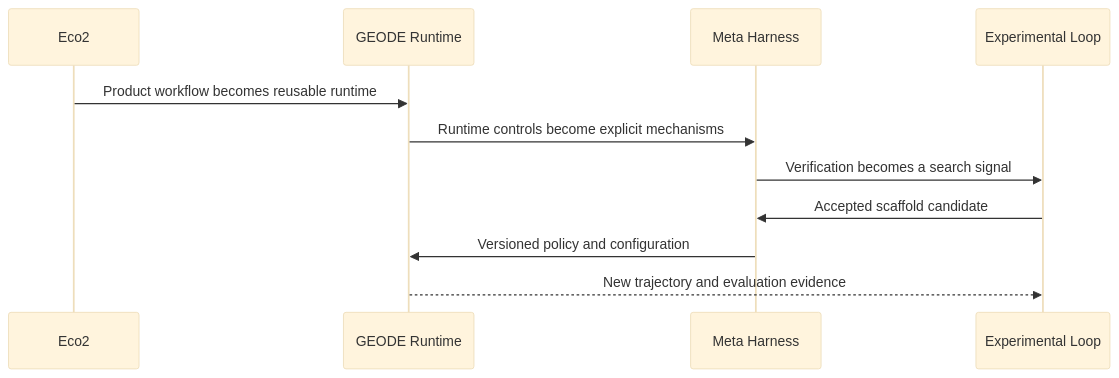
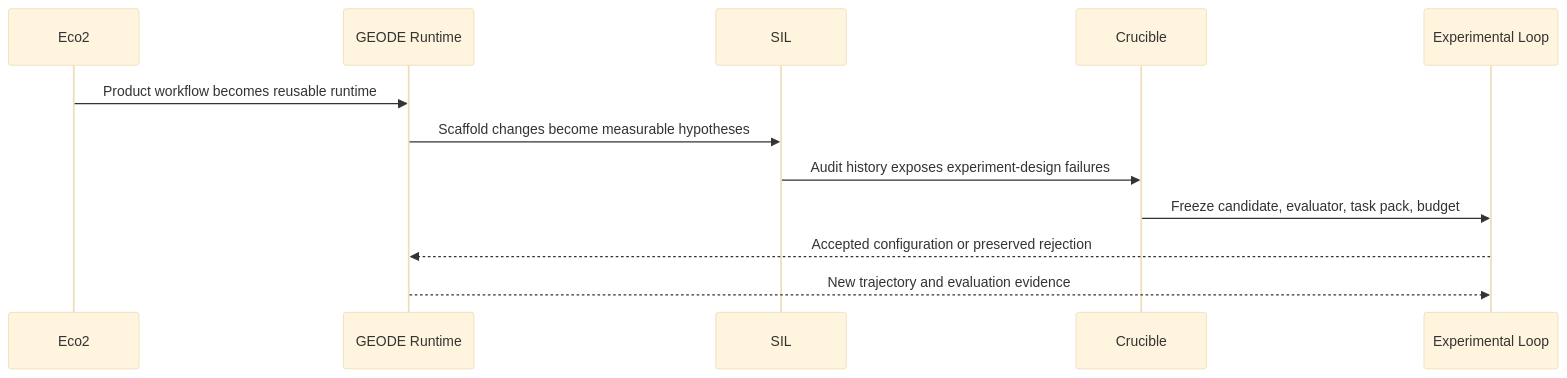
Before and after one commit to mangowhoiscloud/mangowhoiscloud: the first of 5 diagrams in README.md, drawn with Mermaid (base theme). The commit also changed other lines of this file and 1 other file, not shown here.

First line of the commit message:
docs(profile): falsifiable hypotheses, SIL to Crucible, and RSI position

````diff
--- a/README.md
+++ b/README.md
@@ -33,13 +35,14 @@
 ```mermaid
 sequenceDiagram
     participant E as Eco2
     participant G as GEODE Runtime
-    participant M as Meta Harness
+    participant S as SIL
+    participant C as Crucible
     participant X as Experimental Loop
     E->>G: Product workflow becomes reusable runtime
-    G->>M: Runtime controls become explicit mechanisms
-    M->>X: Verification becomes a search signal
-    X->>M: Accepted scaffold candidate
-    M->>G: Versioned policy and configuration
+    G->>S: Scaffold changes become measurable hypotheses
+    S->>C: Audit history exposes experiment-design failures
+    C->>X: Freeze candidate, evaluator, task pack, budget
+    X-->>G: Accepted configuration or preserved rejection
     G-->>X: New trajectory and evaluation evidence
 ```
````
